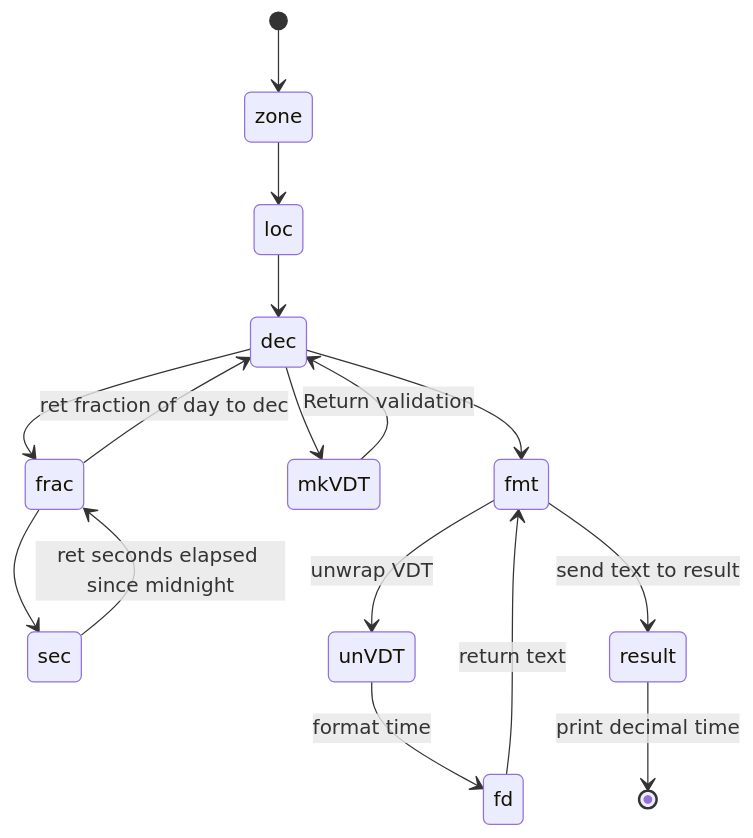
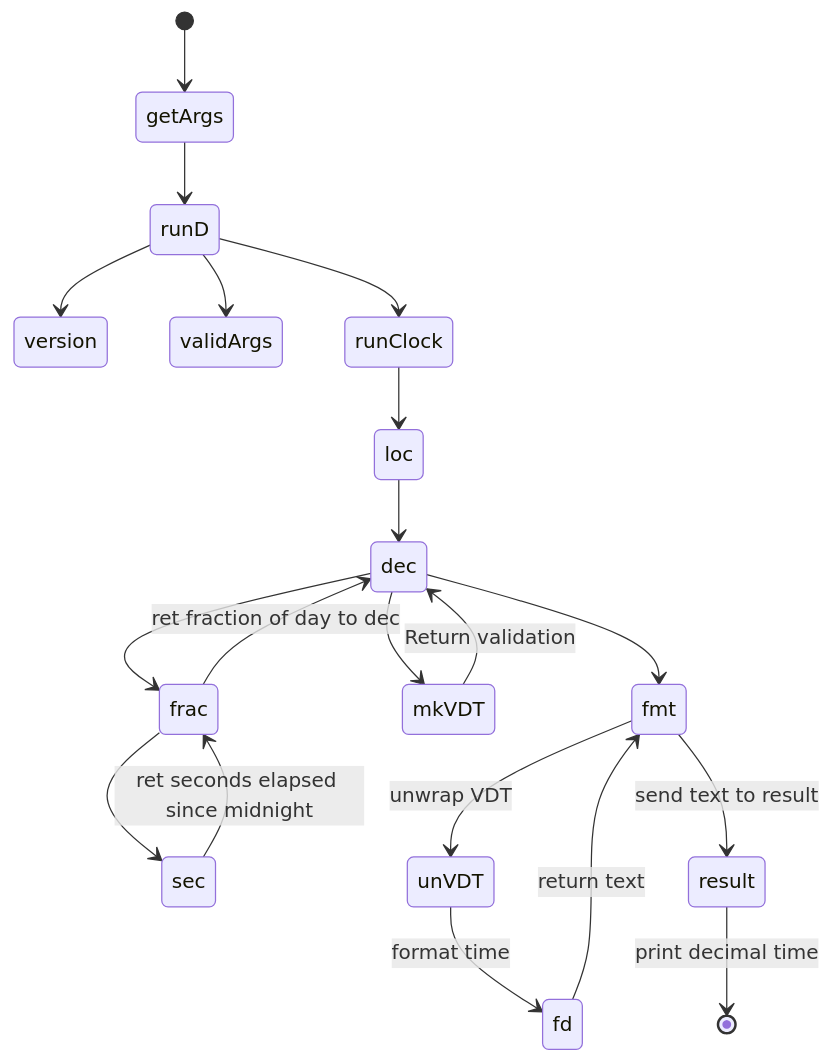
The diagram in diagram.md (travgm/dclock), drawn with Mermaid before and after one commit.

Commit message:
updating diagram to reflect arg changes

````diff
--- a/diagram.md
+++ b/diagram.md
@@ -1,19 +1,23 @@
 ```mermaid
 
 stateDiagram-v2
-    [*] --> zone
-    zone --> loc
+    [*] --> getArgs
+    getArgs --> runD
+    runD --> version
+    runD --> validArgs
+    runD --> runClock
+    runClock --> loc
     loc --> dec
     dec --> frac
     frac --> sec
     sec --> frac: ret seconds elapsed since midnight
     frac --> dec: ret fraction of day to dec
     dec --> mkVDT
     mkVDT --> dec: Return validation
     dec --> fmt
     fmt --> unVDT: unwrap VDT
     unVDT --> fd: format time
     fd --> fmt: return text
     fmt --> result: send text to result
     result --> [*]: print decimal time
 ```
````
